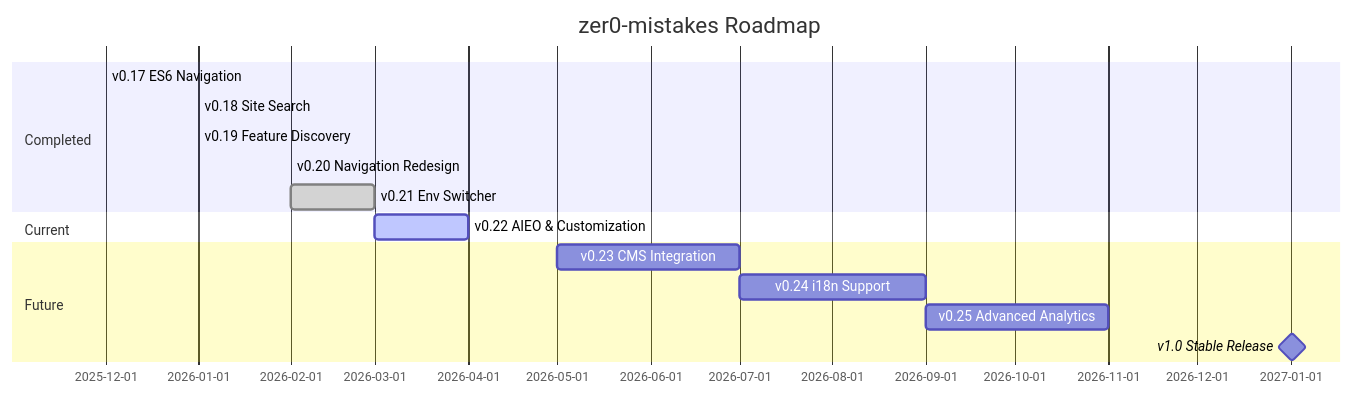
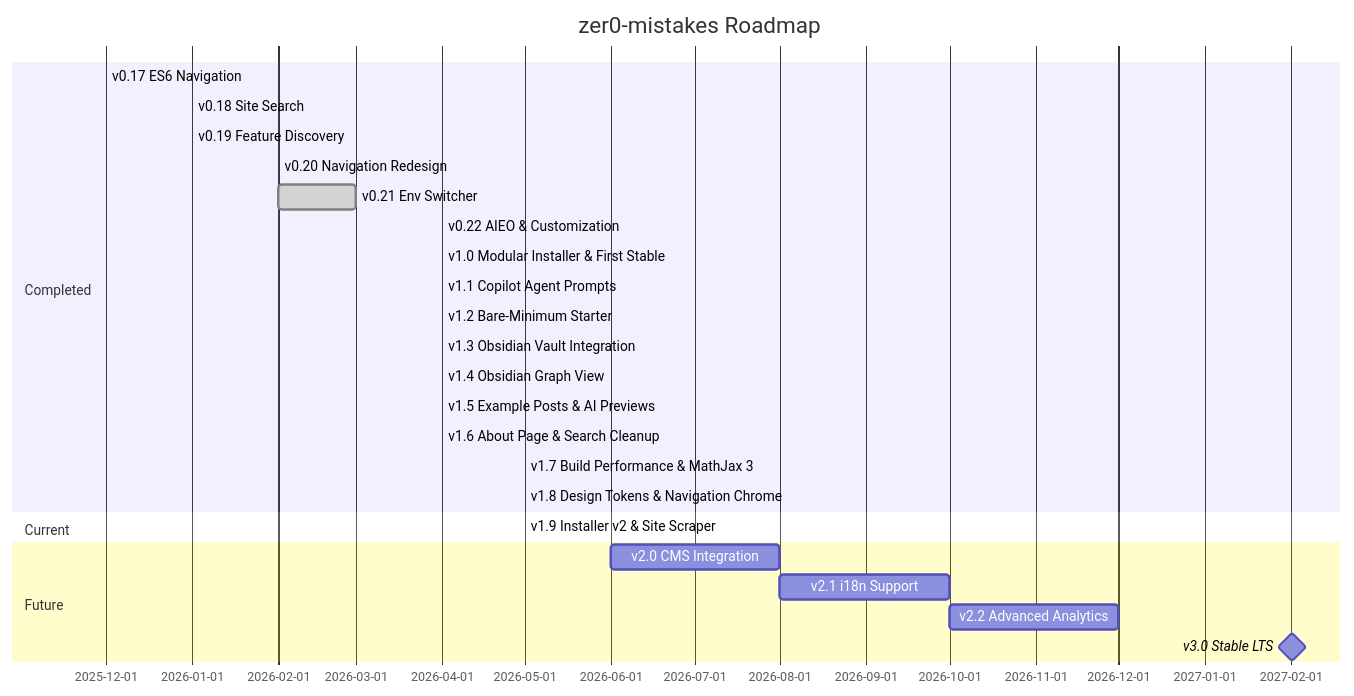
One commit to bamr87/zer0-mistakes changed the diagram in README.md. Above: the diagram before and after it, drawn with Mermaid. The commit also changed other lines of this file and 4 other files, not shown here.

First line of the commit message:
feat(roadmap): add --validate mode, catch-up milestones v1.0–1.9, README accuracy fixes

````diff
--- a/README.md
+++ b/README.md
@@ -791,18 +810,28 @@
 ```mermaid
 gantt
     title zer0-mistakes Roadmap
     dateFormat YYYY-MM
     section Completed
     v0.17 ES6 Navigation         :done, 2025-12, 2025-12
     v0.18 Site Search            :done, 2026-01, 2026-01
     v0.19 Feature Discovery      :done, 2026-01, 2026-01
     v0.20 Navigation Redesign    :done, 2026-02, 2026-02
     v0.21 Env Switcher           :done, 2026-02, 2026-03
+    v0.22 AIEO & Customization   :done, 2026-04, 2026-04
+    v1.0 Modular Installer & First Stable :done, 2026-04, 2026-04
+    v1.1 Copilot Agent Prompts   :done, 2026-04, 2026-04
+    v1.2 Bare-Minimum Starter    :done, 2026-04, 2026-04
+    v1.3 Obsidian Vault Integration :done, 2026-04, 2026-04
+    v1.4 Obsidian Graph View     :done, 2026-04, 2026-04
+    v1.5 Example Posts & AI Previews :done, 2026-04, 2026-04
+    v1.6 About Page & Search Cleanup :done, 2026-04, 2026-04
+    v1.7 Build Performance & MathJax 3 :done, 2026-05, 2026-05
+    v1.8 Design Tokens & Navigation Chrome :done, 2026-05, 2026-05
     section Current
-    v0.22 AIEO & Customization   :active, 2026-03, 2026-04
+    v1.9 Installer v2 & Site Scraper :active, 2026-05, 2026-05
     section Future
-    v0.23 CMS Integration        :2026-05, 2026-07
-    v0.24 i18n Support           :2026-07, 2026-09
-    v0.25 Advanced Analytics     :2026-09, 2026-11
-    v1.0 Stable Release          :milestone, 2027-01, 1d
+    v2.0 CMS Integration         :2026-06, 2026-08
+    v2.1 i18n Support            :2026-08, 2026-10
+    v2.2 Advanced Analytics      :2026-10, 2026-12
+    v3.0 Stable LTS              :milestone, 2027-02, 1d
 ```
````
